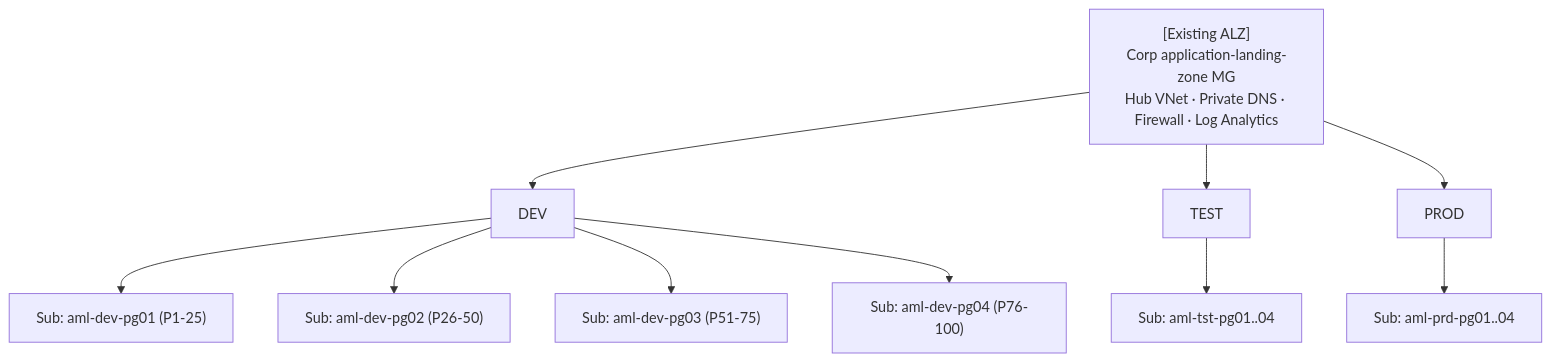
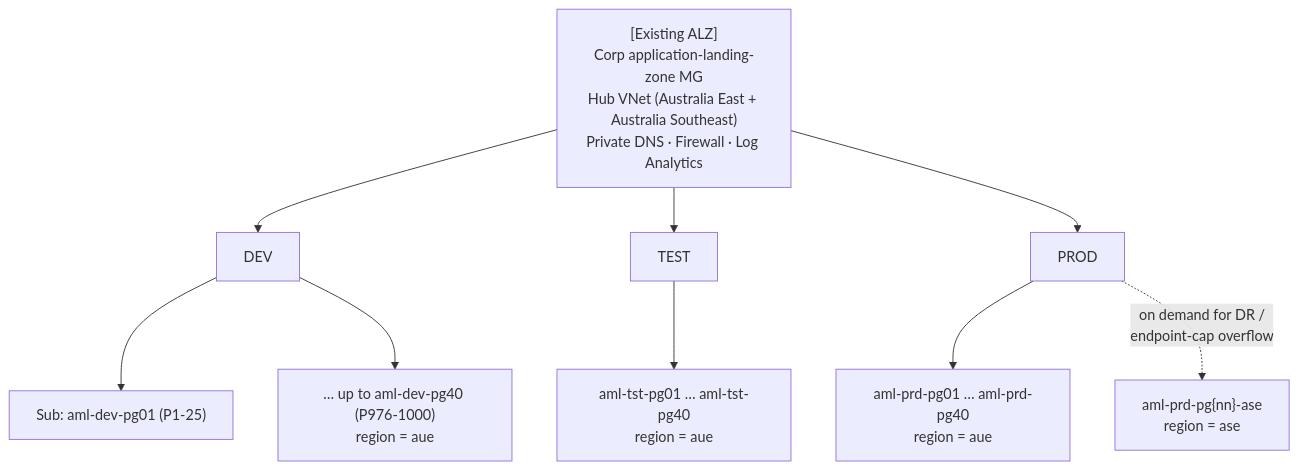
One commit to aaronswebs/AMLArchitecture changed the diagram in README.md. Above: the diagram before and after it, drawn with Mermaid. The commit also changed other lines of this file and 5 other files, not shown here.

````diff
--- a/README.md
+++ b/README.md
@@ -34,13 +34,12 @@
 ```mermaid
 flowchart TB
-    ALZ["[Existing ALZ]<br/>Corp application-landing-zone MG<br/>Hub VNet · Private DNS · Firewall · Log Analytics"]
+    ALZ["[Existing ALZ]<br/>Corp application-landing-zone MG<br/>Hub VNet (Australia East + Australia Southeast)<br/>Private DNS · Firewall · Log Analytics"]
     ALZ --> DEV["DEV"]
     ALZ --> TST["TEST"]
     ALZ --> PRD["PROD"]
     DEV --> D1["Sub: aml-dev-pg01 (P1-25)"]
-    DEV --> D2["Sub: aml-dev-pg02 (P26-50)"]
-    DEV --> D3["Sub: aml-dev-pg03 (P51-75)"]
-    DEV --> D4["Sub: aml-dev-pg04 (P76-100)"]
-    TST --> T1["Sub: aml-tst-pg01..04"]
-    PRD --> P1["Sub: aml-prd-pg01..04"]
+    DEV --> DN["… up to aml-dev-pg40 (P976-1000)<br/>region = aue"]
+    TST --> T1["aml-tst-pg01 … aml-tst-pg40<br/>region = aue"]
+    PRD --> P1["aml-prd-pg01 … aml-prd-pg40<br/>region = aue"]
+    PRD -. "on demand for DR /<br/>endpoint-cap overflow" .-> ASE["aml-prd-pg{nn}-ase<br/>region = ase"]
 ```
````
